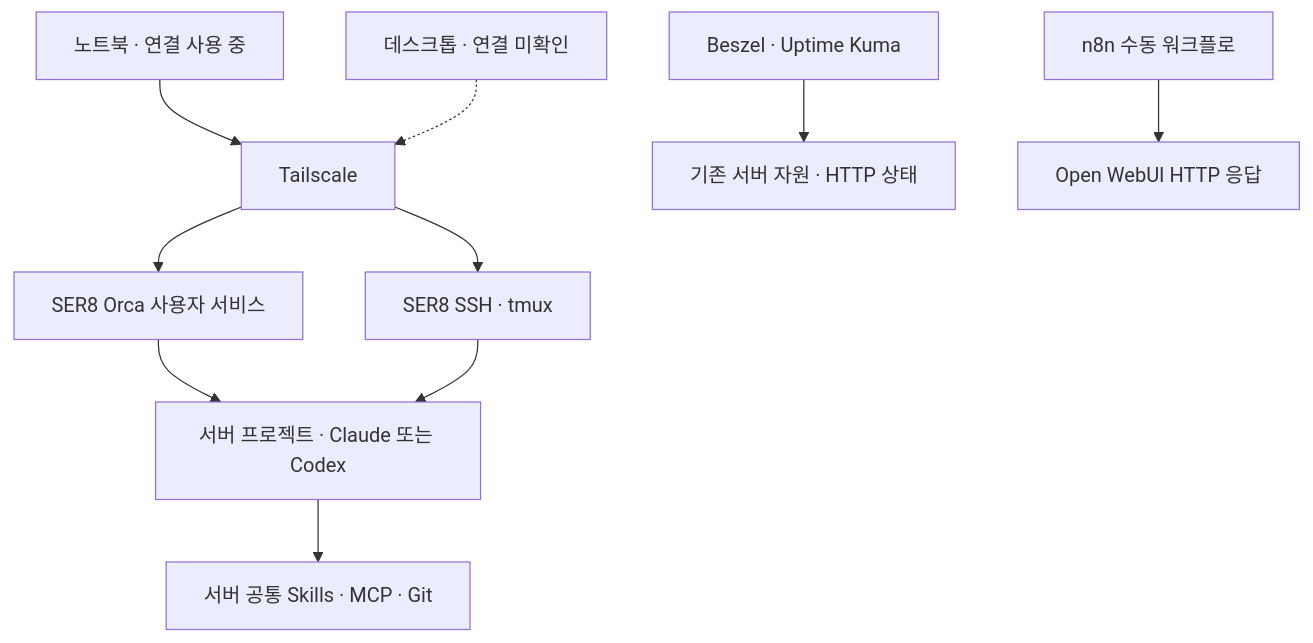
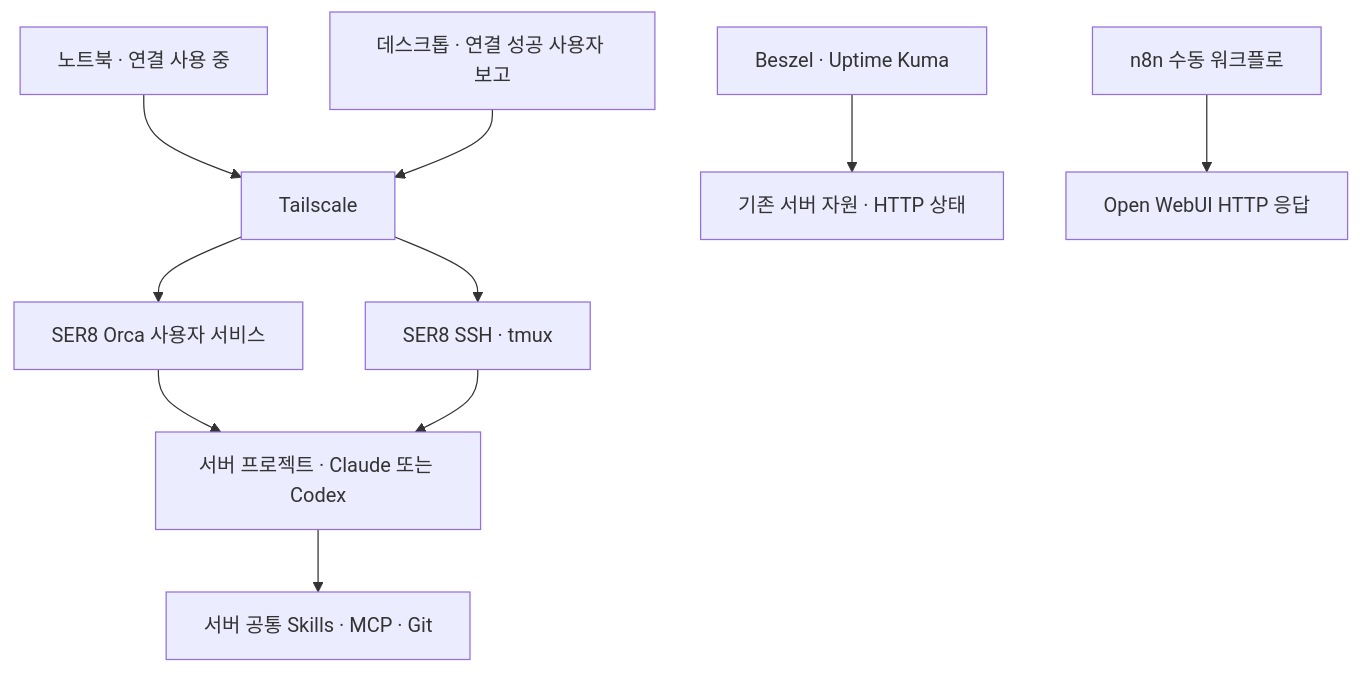
One commit to kosmos-s/ser8-home-server-ai changed the diagram in usage-guide.md. Above: the diagram before and after it, drawn with Mermaid. The commit also changed other lines of this file and 6 other files, not shown here.

````diff
--- a/usage-guide.md
+++ b/usage-guide.md
@@ -48,12 +58,12 @@
 ```mermaid
 flowchart TD
     N["노트북 · 연결 사용 중"] --> T["Tailscale"]
-    D["데스크톱 · 연결 미확인"] -.-> T
+    D["데스크톱 · 연결 성공 사용자 보고"] --> T
     T --> O["SER8 Orca 사용자 서비스"]
     T --> S["SER8 SSH · tmux"]
     O --> W["서버 프로젝트 · Claude 또는 Codex"]
     S --> W
     W --> C["서버 공통 Skills · MCP · Git"]
     M["Beszel · Uptime Kuma"] --> H["기존 서버 자원 · HTTP 상태"]
     A["n8n 수동 워크플로"] --> U["Open WebUI HTTP 응답"]
 ```
````
